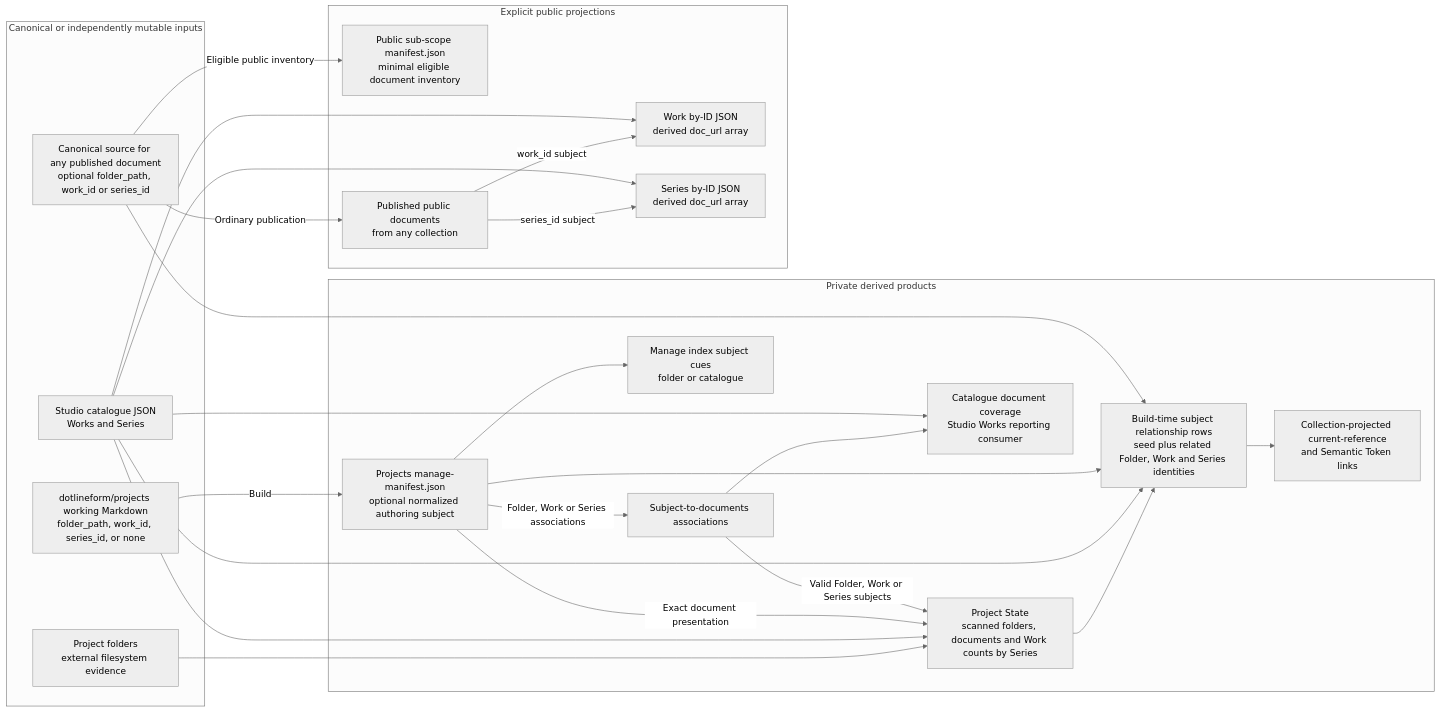
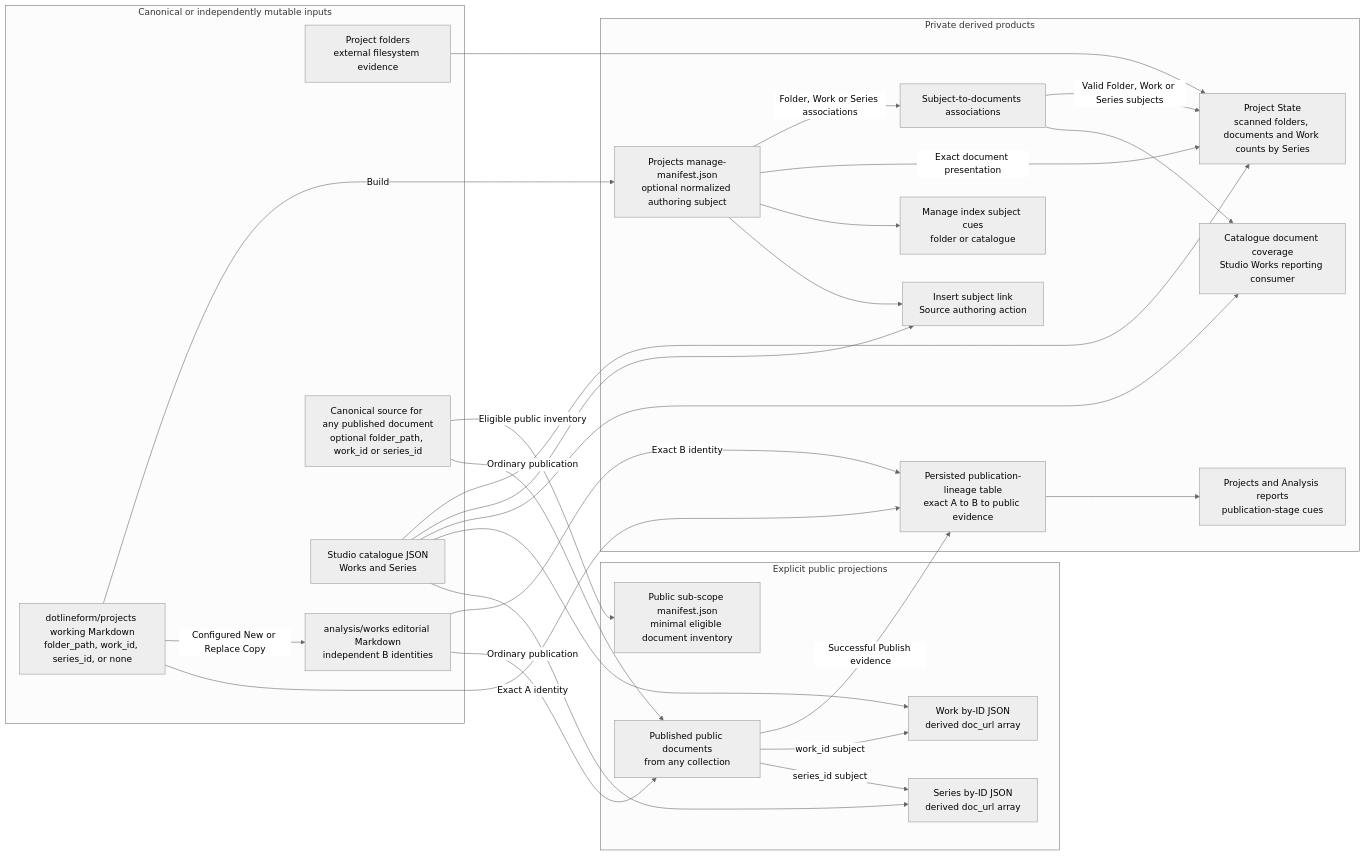
One commit to dotlineform/dotlineform-site changed the first of 2 diagrams in docs-viewer/scopes/studio/source/documents/d-20260802-194358-7717ee.md. Above: the diagram before and after it, drawn with Mermaid (neutral theme). The commit also changed other lines of this file and 48 other files, not shown here.

````diff
--- a/docs-viewer/scopes/studio/source/documents/d-20260802-194358-7717ee.md
+++ b/docs-viewer/scopes/studio/source/documents/d-20260802-194358-7717ee.md
@@ -21,50 +21,55 @@
 ```mermaid
 flowchart LR
     accTitle: Sub-Scope Publishing ownership and projection map
     accDescr: Canonical document source, canonical Studio JSON, and external folder evidence feed private manifests and focused products; documents published through ordinary configured workflows enter explicit public projections.
 
     subgraph inputs["Canonical or independently mutable inputs"]
         folders["Project folders<br/>external filesystem evidence"]
         projectDocs["dotlineform/projects working Markdown<br/>folder_path, work_id, series_id, or none"]
+        editorialDocs["analysis/works editorial Markdown<br/>independent B identities"]
         publicSourceDocs["Canonical source for any published document<br/>optional folder_path, work_id or series_id"]
         catalogue["Studio catalogue JSON<br/>Works and Series"]
     end
 
     subgraph private["Private derived products"]
         projectManifest["Projects manage-manifest.json<br/>optional normalized authoring subject"]
         associations["Subject-to-documents associations"]
         projectState["Project State<br/>scanned folders, documents and Work counts by Series"]
         manageCues["Manage index subject cues<br/>folder or catalogue"]
         coverageReport["Catalogue document coverage<br/>Studio Works reporting consumer"]
-        relationshipRows["Build-time subject relationship rows<br/>seed plus related Folder, Work and Series identities"]
-        resolved["Collection-projected current-reference<br/>and Semantic Token links"]
+        subjectLink["Insert subject link<br/>Source authoring action"]
+        publicationLineage["Persisted publication-lineage table<br/>exact A to B to public evidence"]
+        publicationCues["Projects and Analysis reports<br/>publication-stage cues"]
     end
 
     subgraph public["Explicit public projections"]
         publicManifest["Public sub-scope manifest.json<br/>minimal eligible document inventory"]
         publishedDocs["Published public documents<br/>from any collection"]
         workPayload["Work by-ID JSON<br/>derived doc_url array"]
         seriesPayload["Series by-ID JSON<br/>derived doc_url array"]
     end
 
     projectDocs -->|"Build"| projectManifest
     projectManifest -->|"Folder, Work or Series associations"| associations
     folders --> projectState
     catalogue --> projectState
     projectManifest -->|"Exact document presentation"| projectState
     associations -->|"Valid Folder, Work or Series subjects"| projectState
-    projectState --> relationshipRows
-    catalogue --> relationshipRows
     projectManifest --> manageCues
-    projectManifest --> relationshipRows
-    publicSourceDocs --> relationshipRows
-    relationshipRows --> resolved
+    projectManifest --> subjectLink
+    catalogue --> subjectLink
     associations --> coverageReport
     catalogue --> coverageReport
+    projectDocs -->|"Configured New or Replace Copy"| editorialDocs
+    projectDocs -->|"Exact A identity"| publicationLineage
+    editorialDocs -->|"Exact B identity"| publicationLineage
+    publicationLineage --> publicationCues
     publicSourceDocs -->|"Eligible public inventory"| publicManifest
     publicSourceDocs -->|"Ordinary publication"| publishedDocs
+    editorialDocs -->|"Ordinary publication"| publishedDocs
+    publishedDocs -->|"Successful Publish evidence"| publicationLineage
     publishedDocs -->|"work_id subject"| workPayload
     publishedDocs -->|"series_id subject"| seriesPayload
     catalogue --> workPayload
     catalogue --> seriesPayload
 ```
````
